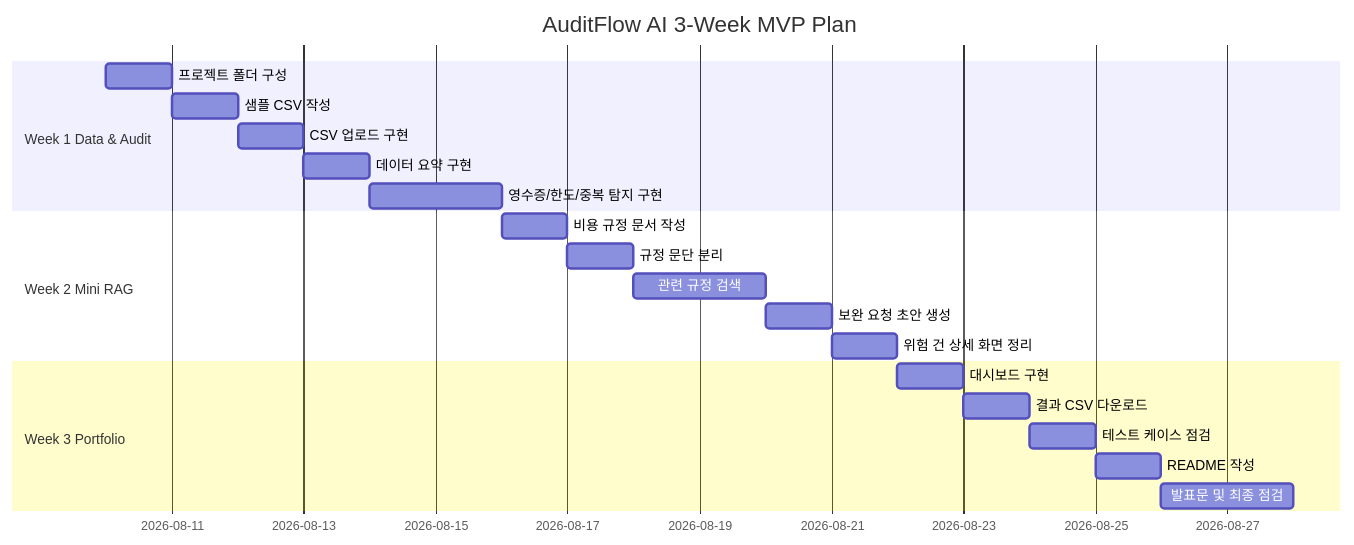
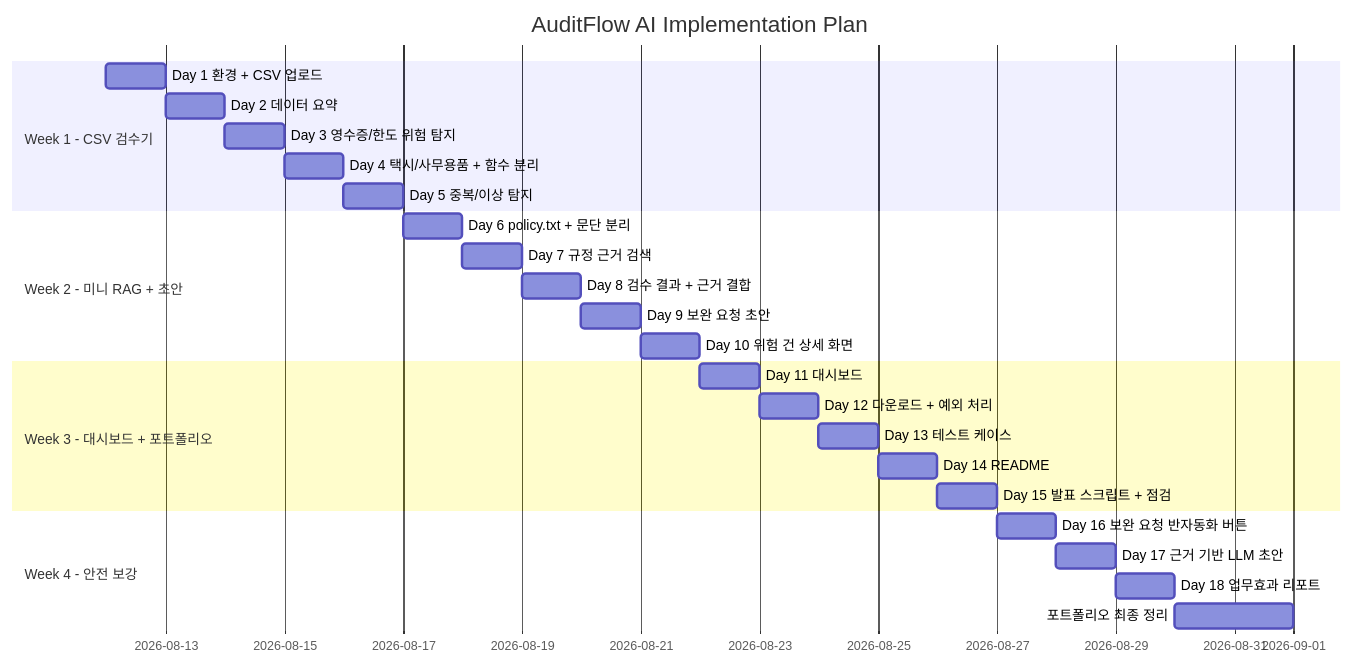
One commit to wooya27/Cost_Manager changed the diagram in .claude/plans/07-구현계획-WBS-간트차트.md. Above: the diagram before and after it, drawn with Mermaid. The commit also changed other lines of this file and 9 other files, not shown here.

````diff
--- a/.claude/plans/07-구현계획-WBS-간트차트.md
+++ b/.claude/plans/07-구현계획-WBS-간트차트.md
@@ -71,26 +99,31 @@
 ```mermaid
 gantt
-    title AuditFlow AI 3-Week MVP Plan
+    title AuditFlow AI Implementation Plan
     dateFormat  YYYY-MM-DD
+    section Week 1 - CSV 검수기
+    Day 1 환경 + CSV 업로드           :a1, 2026-08-12, 1d
+    Day 2 데이터 요약                 :a2, after a1, 1d
+    Day 3 영수증/한도 위험 탐지        :a3, after a2, 1d
+    Day 4 택시/사무용품 + 함수 분리    :a4, after a3, 1d
+    Day 5 중복/이상 탐지              :a5, after a4, 1d
 
-    section Week 1 Data & Audit
-    프로젝트 폴더 구성           :a1, 2026-08-10, 1d
-    샘플 CSV 작성               :a2, after a1, 1d
-    CSV 업로드 구현             :a3, after a2, 1d
-    데이터 요약 구현             :a4, after a3, 1d
-    영수증/한도/중복 탐지 구현    :a5, after a4, 2d
+    section Week 2 - 미니 RAG + 초안
+    Day 6 policy.txt + 문단 분리      :b1, after a5, 1d
+    Day 7 규정 근거 검색              :b2, after b1, 1d
+    Day 8 검수 결과 + 근거 결합        :b3, after b2, 1d
+    Day 9 보완 요청 초안              :b4, after b3, 1d
+    Day 10 위험 건 상세 화면          :b5, after b4, 1d
 
-    section Week 2 Mini RAG
-    비용 규정 문서 작성          :b1, after a5, 1d
-    규정 문단 분리              :b2, after b1, 1d
-    관련 규정 검색              :b3, after b2, 2d
-    보완 요청 초안 생성          :b4, after b3, 1d
-    위험 건 상세 화면 정리        :b5, after b4, 1d
+    section Week 3 - 대시보드 + 포트폴리오
+    Day 11 대시보드                   :c1, after b5, 1d
+    Day 12 다운로드 + 예외 처리        :c2, after c1, 1d
+    Day 13 테스트 케이스              :c3, after c2, 1d
+    Day 14 README                    :c4, after c3, 1d
+    Day 15 발표 스크립트 + 점검        :c5, after c4, 1d
 
-    section Week 3 Portfolio
-    대시보드 구현               :c1, after b5, 1d
-    결과 CSV 다운로드            :c2, after c1, 1d
-    테스트 케이스 점검            :c3, after c2, 1d
-    README 작성                 :c4, after c3, 1d
-    발표문 및 최종 점검           :c5, after c4, 2d
+    section Week 4 - 안전 보강
+    Day 16 보완 요청 반자동화 버튼     :d1, after c5, 1d
+    Day 17 근거 기반 LLM 초안          :d2, after d1, 1d
+    Day 18 업무효과 리포트             :d3, after d2, 1d
+    포트폴리오 최종 정리               :d4, after d3, 2d
 ```
````
